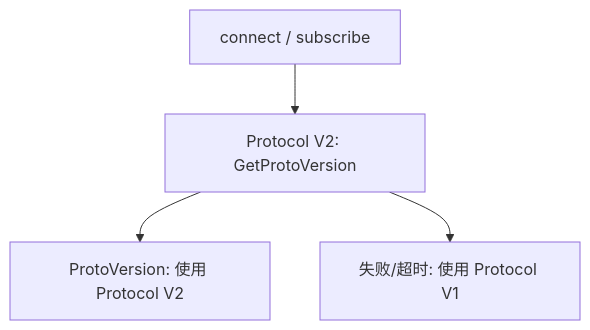
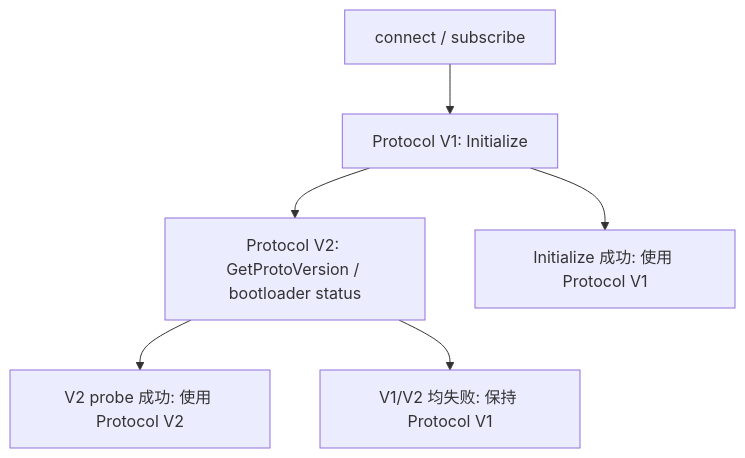
One commit to OneKeyHQ/hardware-js-sdk changed the first of 4 diagrams in docs/protocol-v2.md. Above: the diagram before and after it, drawn with Mermaid. The commit also changed other lines of this file and 26 other files, not shown here.

````diff
--- a/docs/protocol-v2.md
+++ b/docs/protocol-v2.md
@@ -15,11 +15,15 @@
 ```mermaid
 flowchart TD
   Connect["connect / subscribe"]
-  Probe["Protocol V2: GetProtoVersion"]
-  UseV2["ProtoVersion: 使用 Protocol V2"]
-  UseV1["失败/超时: 使用 Protocol V1"]
+  ProbeV1["Protocol V1: Initialize"]
+  ProbeV2["Protocol V2: GetProtoVersion / bootloader status"]
+  UseV1["Initialize 成功: 使用 Protocol V1"]
+  UseV2["V2 probe 成功: 使用 Protocol V2"]
+  FallbackV1["V1/V2 均失败: 保持 Protocol V1"]
 
-  Connect --> Probe
-  Probe --> UseV2
-  Probe --> UseV1
+  Connect --> ProbeV1
+  ProbeV1 --> UseV1
+  ProbeV1 --> ProbeV2
+  ProbeV2 --> UseV2
+  ProbeV2 --> FallbackV1
 ```
````
